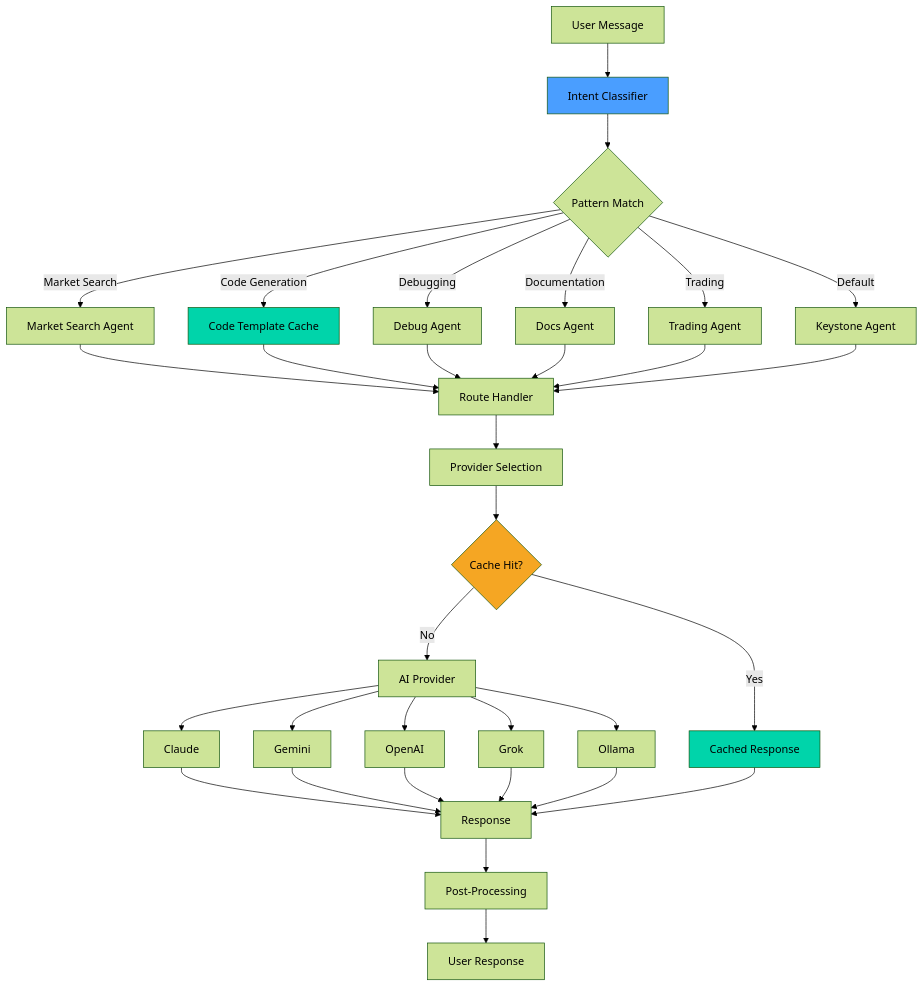
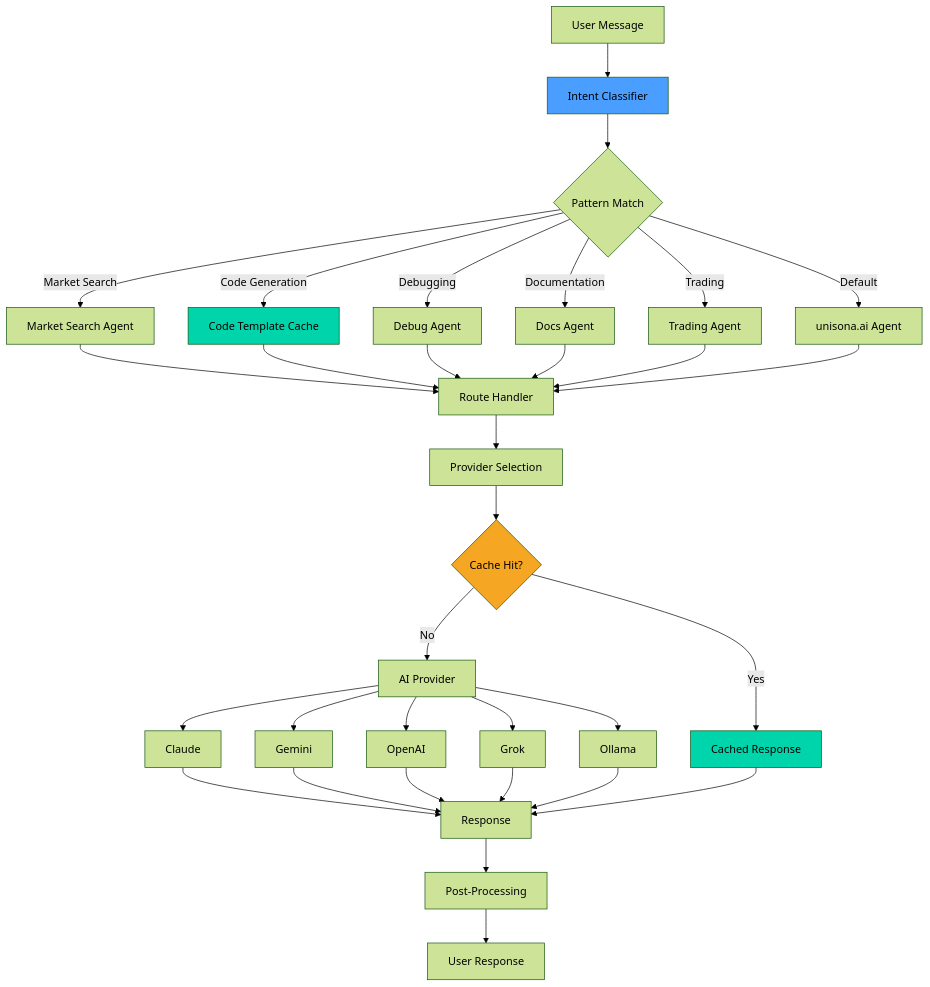
The diagram in docs/CONVERGENCE-ROUTING-ARCHITECTURE.md (alex-place/lantern-os), drawn with Mermaid (forest theme) before and after one commit. The commit also changed other lines of this file and 5 other files, not shown here.

````diff
--- a/docs/CONVERGENCE-ROUTING-ARCHITECTURE.md
+++ b/docs/CONVERGENCE-ROUTING-ARCHITECTURE.md
@@ -15,46 +15,46 @@
 ```mermaid
 graph TD
     A[User Message] --> B[Intent Classifier]
     B --> C{Pattern Match}
     
     C -->|Market Search| D[Market Search Agent]
     C -->|Code Generation| E[Code Template Cache]
     C -->|Debugging| F[Debug Agent]
     C -->|Documentation| G[Docs Agent]
     C -->|Trading| H[Trading Agent]
-    C -->|Default| I[Keystone Agent]
+    C -->|Default| I[unisona.ai Agent]
     
     D --> J[Route Handler]
     E --> J
     F --> J
     G --> J
     H --> J
     I --> J
     
     J --> K[Provider Selection]
     K --> L{Cache Hit?}
     
     L -->|Yes| M[Cached Response]
     L -->|No| N[AI Provider]
     
     N --> O[Claude]
     N --> P[Gemini]
     N --> Q[OpenAI]
     N --> R[Grok]
     N --> S[Ollama]
     
     O --> T[Response]
     P --> T
     Q --> T
     R --> T
     S --> T
     M --> T
     
     T --> U[Post-Processing]
     U --> V[User Response]
     
     style B fill:#4a9eff
     style E fill:#00d4aa
     style M fill:#00d4aa
     style L fill:#f5a623
 ```
````
